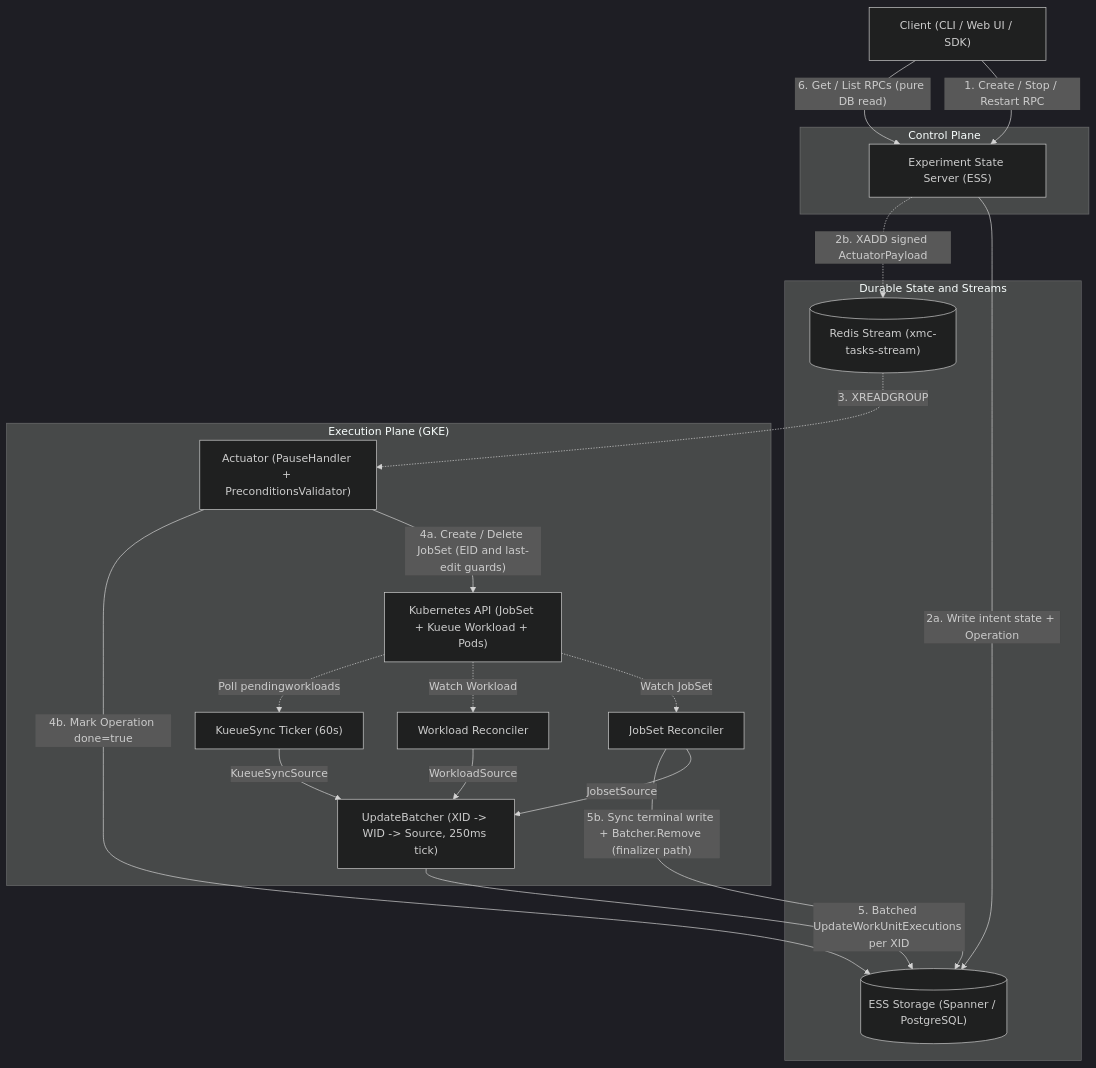
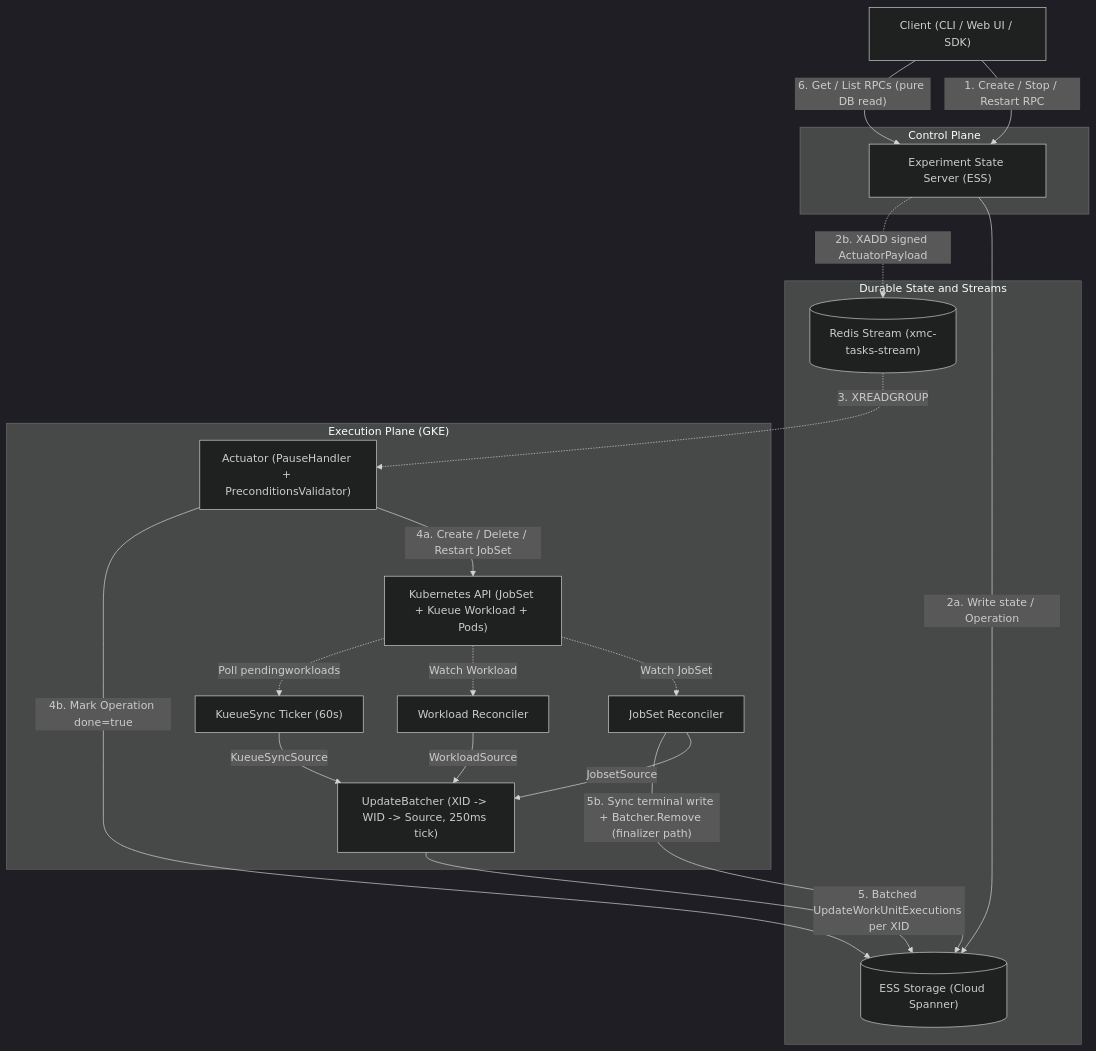
One commit to google/xmc changed the fourth of 8 diagrams in docs/architecture/jobset_and_work_unit_states.md. Above: the diagram before and after it, drawn with Mermaid (dark theme). The commit also changed other lines of this file, not shown here.

First line of the commit message:
docs(architecture): address PR #1411 review comments on state mapping doc

````diff
--- a/docs/architecture/jobset_and_work_unit_states.md
+++ b/docs/architecture/jobset_and_work_unit_states.md
@@ -393,40 +452,40 @@
 ```mermaid
 flowchart TB
     Client["Client (CLI / Web UI / SDK)"]
 
     subgraph ControlPlane["Control Plane"]
         ESS["Experiment State Server (ESS)"]
     end
 
     subgraph QueuesAndStorage["Durable State and Streams"]
-        DB[("ESS Storage (Spanner / PostgreSQL)")]
+        DB[("ESS Storage (Cloud Spanner)")]
         Redis[("Redis Stream (xmc-tasks-stream)")]
     end
 
     subgraph ExecutionPlane["Execution Plane (GKE)"]
         Actuator["Actuator (PauseHandler + PreconditionsValidator)"]
         K8s["Kubernetes API (JobSet + Kueue Workload + Pods)"]
         JSR["JobSet Reconciler"]
         WLR["Workload Reconciler"]
         KS["KueueSync Ticker (60s)"]
         Batcher["UpdateBatcher (XID -> WID -> Source, 250ms tick)"]
     end
 
     Client -->|"1. Create / Stop / Restart RPC"| ESS
-    ESS -->|"2a. Write intent state + Operation"| DB
+    ESS -->|"2a. Write state / Operation"| DB
     ESS -.->|"2b. XADD signed ActuatorPayload"| Redis
     Redis -.->|"3. XREADGROUP"| Actuator
-    Actuator -->|"4a. Create / Delete JobSet (EID and last-edit guards)"| K8s
+    Actuator -->|"4a. Create / Delete / Restart JobSet"| K8s
     Actuator -->|"4b. Mark Operation done=true"| DB
 
     K8s -.->|"Watch JobSet"| JSR
     K8s -.->|"Watch Workload"| WLR
     K8s -.->|"Poll pendingworkloads"| KS
 
     JSR -->|"JobsetSource"| Batcher
     WLR -->|"WorkloadSource"| Batcher
     KS -->|"KueueSyncSource"| Batcher
     Batcher -->|"5. Batched UpdateWorkUnitExecutions per XID"| DB
     JSR -->|"5b. Sync terminal write + Batcher.Remove (finalizer path)"| DB
     Client -->|"6. Get / List RPCs (pure DB read)"| ESS
 ```
````
